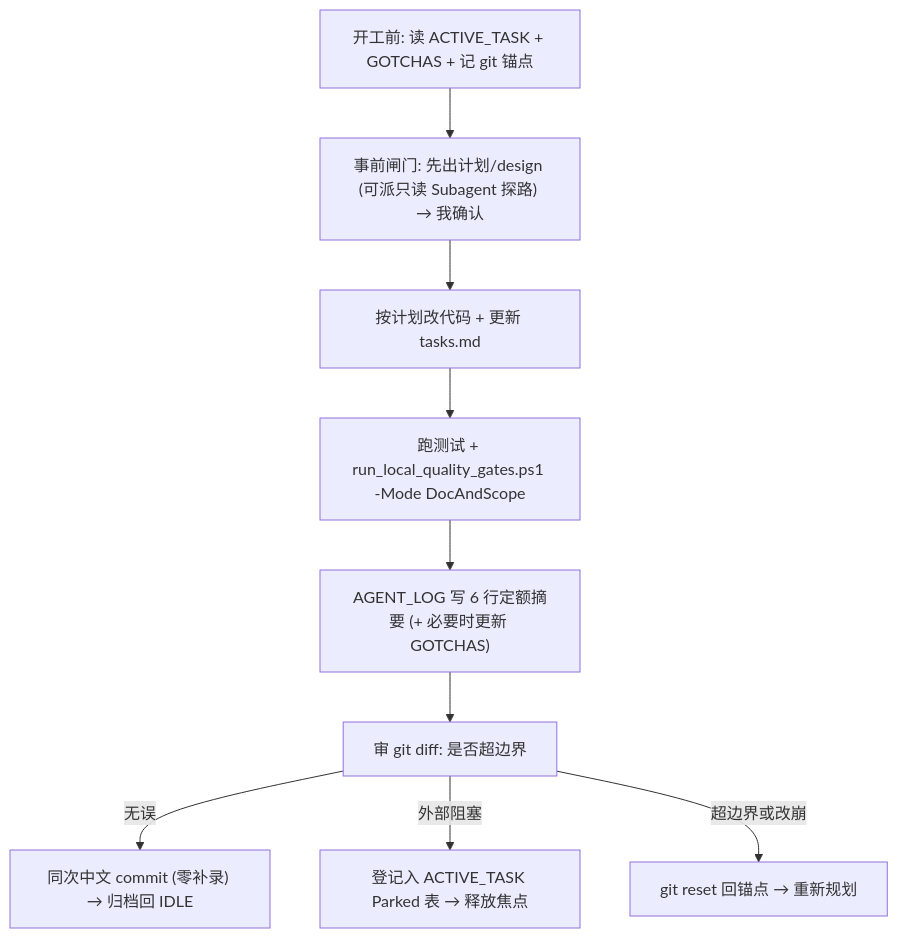
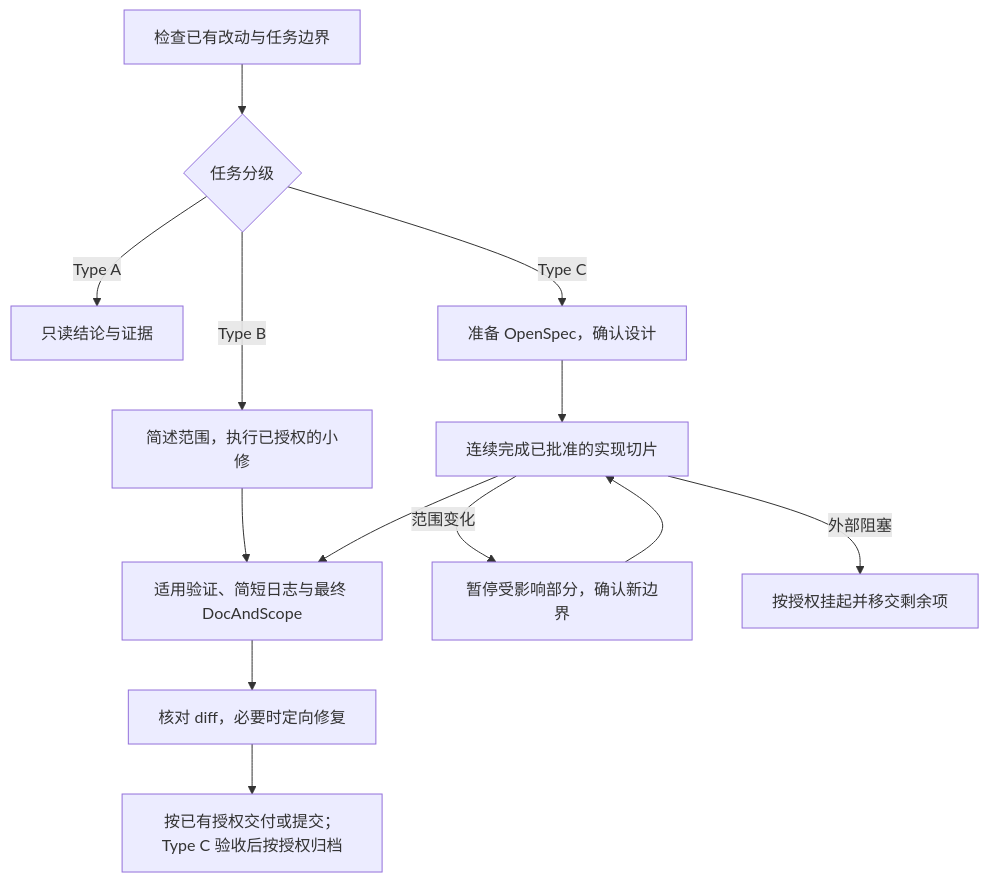
Before and after one commit to Lin-sist/RAG: the diagram in docs/workflow/vibecoding-playbook.md, drawn with Mermaid. The commit also changed other lines of this file and 4 other files, not shown here.

````diff
--- a/docs/workflow/vibecoding-playbook.md
+++ b/docs/workflow/vibecoding-playbook.md
@@ -86,11 +85,15 @@
 ```mermaid
 flowchart TD
-    S["开工前: 读 ACTIVE_TASK + GOTCHAS + 记 git 锚点"] --> P["事前闸门: 先出计划/design (可派只读 Subagent 探路) → 我确认"]
-    P --> W["按计划改代码 + 更新 tasks.md"]
-    W --> G["跑测试 + run_local_quality_gates.ps1 -Mode DocAndScope"]
-    G --> L["AGENT_LOG 写 6 行定额摘要 (+ 必要时更新 GOTCHAS)"]
-    L --> D["审 git diff: 是否超边界"]
-    D -->|无误| F["同次中文 commit (零补录) → 归档回 IDLE"]
-    D -->|外部阻塞| PK["登记入 ACTIVE_TASK Parked 表 → 释放焦点"]
-    D -->|超边界或改崩| RB["git reset 回锚点 → 重新规划"]
+    S["检查已有改动与任务边界"] --> T{"任务分级"}
+    T -->|Type A| A["只读结论与证据"]
+    T -->|Type B| B["简述范围，执行已授权的小修"]
+    T -->|Type C| C["准备 OpenSpec，确认设计"]
+    C --> W["连续完成已批准的实现切片"]
+    B --> G["适用验证、简短日志与最终 DocAndScope"]
+    W --> G
+    W -->|范围变化| R["暂停受影响部分，确认新边界"]
+    R --> W
+    W -->|外部阻塞| PK["按授权挂起并移交剩余项"]
+    G --> D["核对 diff，必要时定向修复"]
+    D --> F["按已有授权交付或提交；Type C 验收后按授权归档"]
 ```
````
